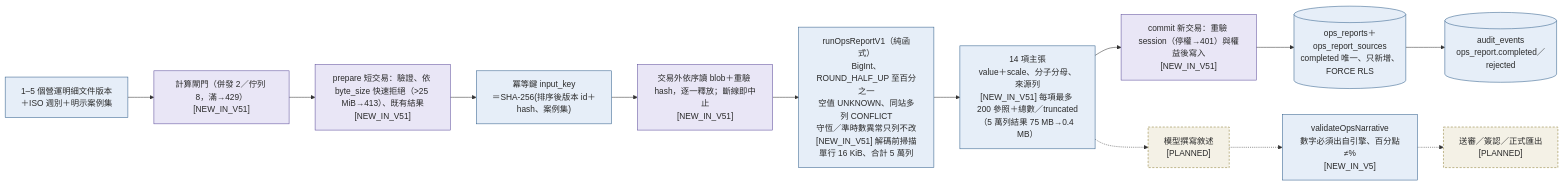
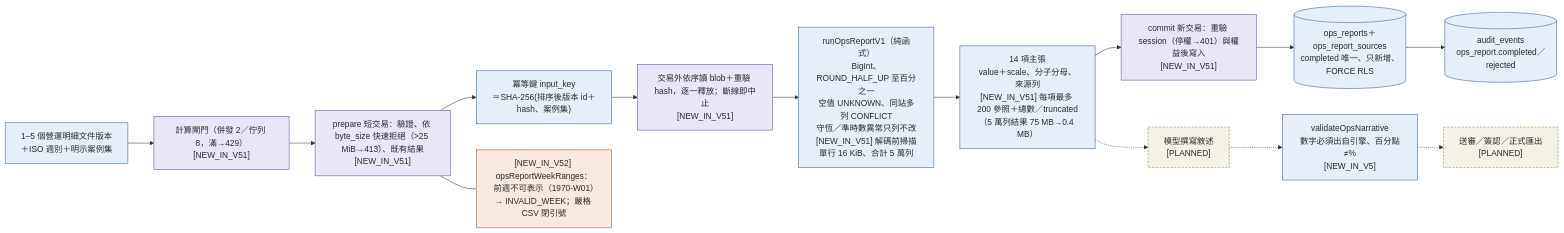
Before and after one commit to hades60414-sys/DHC-AI-SYSTEM: the diagram in web-ui/docs/enterprise/architecture/OPS_REPORT_DATA_FLOW.mmd, drawn with Mermaid. The commit also changed 12 other files, not shown here.

First line of the commit message:
docs(enterprise): V5.2 architecture delta, ledger and ASTRA-ROLL remediation matrix

```diff
--- a/web-ui/docs/enterprise/architecture/OPS_REPORT_DATA_FLOW.mmd
+++ b/web-ui/docs/enterprise/architecture/OPS_REPORT_DATA_FLOW.mmd
@@ -1,23 +1,26 @@
 %% OPS-REPORT-v1 營運週報資料流（NEW_IN_V5）。
 flowchart LR
   classDef current fill:#e8f1e8,stroke:#3d6b3d,color:#2A2A2A
   classDef newv5 fill:#e6eef8,stroke:#2f5d8a,color:#2A2A2A
   classDef newv51 fill:#e9e6f6,stroke:#5a4a9a,color:#2A2A2A
+  classDef newv52 fill:#f6e9df,stroke:#9a5a2a,color:#2A2A2A
   classDef planned fill:#f4f1e6,stroke:#8a7a2f,color:#2A2A2A,stroke-dasharray:4 3
 
   src["1–5 個營運明細文件版本<br/>＋ISO 週別＋明示案例集"]:::newv5
   key["冪等鍵 input_key<br/>＝SHA-256(排序後版本 id＋hash、案例集)"]:::newv5
   gate["計算閘門（併發 2／佇列 8，滿→429）<br/>[NEW_IN_V51]"]:::newv51
   prepare["prepare 短交易：驗證、依 byte_size 快速拒絕（>25 MiB→413）、既有結果<br/>[NEW_IN_V51]"]:::newv51
   load["交易外依序讀 blob＋重驗 hash，逐一釋放；斷線即中止<br/>[NEW_IN_V51]"]:::newv51
   commit["commit 新交易：重驗 session（停權→401）與權益後寫入<br/>[NEW_IN_V51]"]:::newv51
   engine["runOpsReportV1（純函式）<br/>BigInt、ROUND_HALF_UP 至百分之一<br/>空值 UNKNOWN、同站多列 CONFLICT<br/>守恆／準時數異常只列不改<br/>[NEW_IN_V51] 解碼前掃描單行 16 KiB、合計 5 萬列"]:::newv5
   claims["14 項主張<br/>value＋scale、分子分母、來源列<br/>[NEW_IN_V51] 每項最多 200 參照＋總數／truncated（5 萬列結果 75 MB→0.4 MB）"]:::newv5
   store[("ops_reports＋ops_report_sources<br/>completed 唯一、只新增、FORCE RLS")]:::newv5
   audit[("audit_events<br/>ops_report.completed／rejected")]:::newv5
   llm["模型撰寫敘述<br/>[PLANNED]"]:::planned
   guard["validateOpsNarrative<br/>數字必須出自引擎、百分點≠%<br/>[NEW_IN_V5]"]:::newv5
   approve["送審／簽認／正式匯出<br/>[PLANNED]"]:::planned
 
+  wk["[NEW_IN_V52] opsReportWeekRanges：前週不可表示（1970-W01）→ INVALID_WEEK；嚴格 CSV 閉引號"]:::newv52
+  prepare --- wk
   src --> gate --> prepare --> key --> load --> engine --> claims --> commit --> store --> audit
   claims -.-> llm -.-> guard -.-> approve
```
